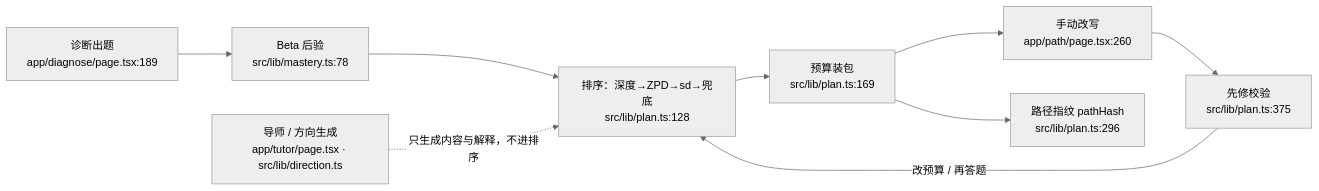
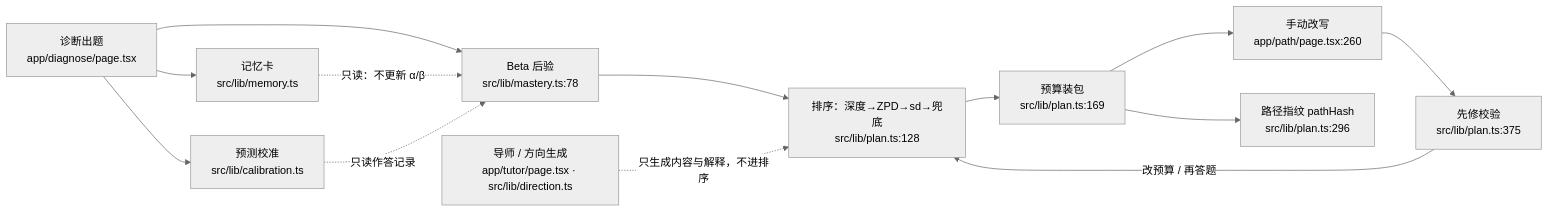
One commit to Jasonsomelike/chuanzhibei-ai-web-adaptive-learning changed the first of 2 diagrams in README.md. Above: the diagram before and after it, drawn with Mermaid (neutral theme). The commit also changed other lines of this file and 68 other files, not shown here.

First line of the commit message:
流式回复与推理展示、思考强度、联网检索、按方向知识库、记忆卡、预测校准、TTS

````diff
--- a/README.md
+++ b/README.md
@@ -27,11 +28,15 @@
 ```mermaid
 flowchart LR
-  A["诊断出题<br/>app/diagnose/page.tsx:189"] --> B["Beta 后验<br/>src/lib/mastery.ts:78"]
+  A["诊断出题<br/>app/diagnose/page.tsx"] --> B["Beta 后验<br/>src/lib/mastery.ts:78"]
   B --> C["排序：深度→ZPD→sd→兜底<br/>src/lib/plan.ts:128"]
   C --> D["预算装包<br/>src/lib/plan.ts:169"]
   D --> E["手动改写<br/>app/path/page.tsx:260"]
   E --> F["先修校验<br/>src/lib/plan.ts:375"]
   F -->|改预算 / 再答题| C
   D --> G["路径指纹 pathHash<br/>src/lib/plan.ts:296"]
   T["导师 / 方向生成<br/>app/tutor/page.tsx · src/lib/direction.ts"] -. "只生成内容与解释，不进排序" .-> C
+  A --> M["记忆卡<br/>src/lib/memory.ts"]
+  A --> CAL["预测校准<br/>src/lib/calibration.ts"]
+  M -. "只读：不更新 α/β" .-> B
+  CAL -. "只读作答记录" .-> B
 ```
````
